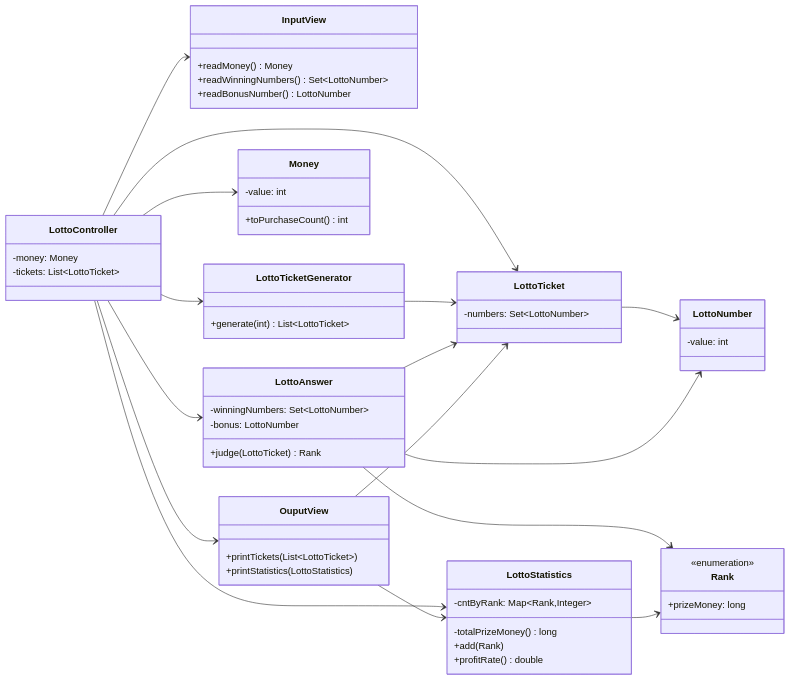
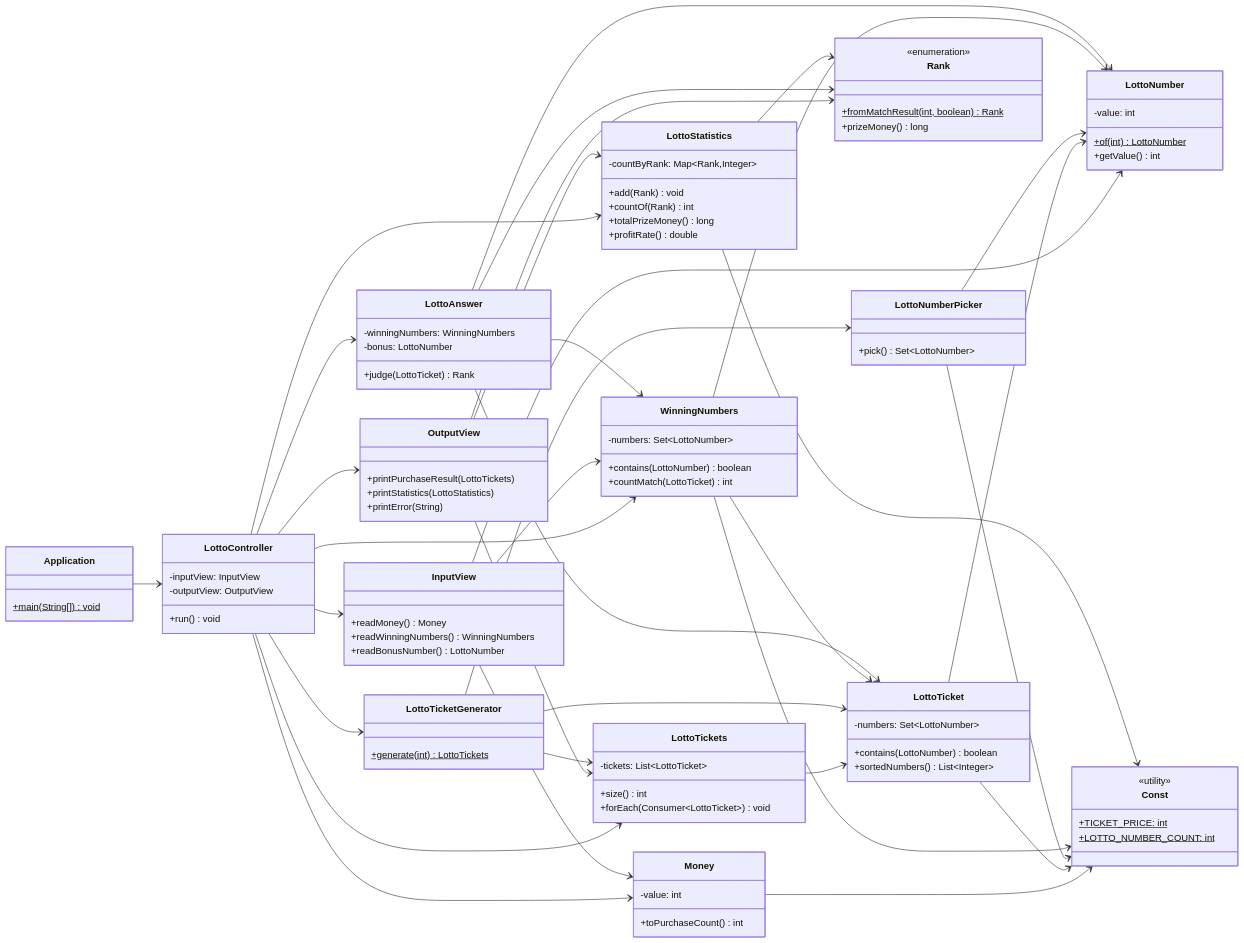
Before and after one commit to mirageoasis/java-lotto-kakao: the diagram in README.md, drawn with Mermaid.

Commit message:
docs: 현재 객체 상태와 일치하게 문서를 수정

````diff
--- a/README.md
+++ b/README.md
@@ -71,18 +71,20 @@
 
 class InputView {
   +readMoney() Money
-  +readWinningNumbers() Set~LottoNumber~
+  +readWinningNumbers() WinningNumbers
   +readBonusNumber() LottoNumber
 }
 
-class OuputView {
-  +printTickets(List~LottoTicket~)
+class OutputView {
+  +printPurchaseResult(LottoTickets)
   +printStatistics(LottoStatistics)
+  +printError(String)
 }
 
 class LottoController {
-  -money: Money
-  -tickets: List~LottoTicket~
+  -inputView: InputView
+  -outputView: OutputView
+  +run() void
 }
 
 class Money {
@@ -92,47 +94,97 @@
 
 class LottoTicket {
   -numbers: Set~LottoNumber~
+  +contains(LottoNumber) boolean
+  +sortedNumbers() List~Integer~
+}
+
+class LottoTickets {
+  -tickets: List~LottoTicket~
+  +size() int
+  +forEach(Consumer~LottoTicket~) void
 }
 
 class LottoNumber {
   -value: int
+  +of(int) LottoNumber$
+  +getValue() int
+}
+
+class LottoNumberPicker {
+  +pick() Set~LottoNumber~
 }
 
 class LottoTicketGenerator {
-  +generate(int) List~LottoTicket~
+  +generate(int) LottoTickets$
+}
+
+class WinningNumbers {
+  -numbers: Set~LottoNumber~
+  +contains(LottoNumber) boolean
+  +countMatch(LottoTicket) int
 }
 
 class LottoAnswer {
-  -winningNumbers: Set~LottoNumber~
+  -winningNumbers: WinningNumbers
   -bonus: LottoNumber
   +judge(LottoTicket) Rank
 }
 
 class Rank {
   <<enumeration>>
-  +prizeMoney: long
+  +fromMatchResult(int, boolean) Rank$
+  +prizeMoney() long
 }
 
 class LottoStatistics {
-  -cntByRank: Map~Rank,Integer~
-  -totalPrizeMoney() long
-  +add(Rank)
+  -countByRank: Map~Rank,Integer~
+  +add(Rank) void
+  +countOf(Rank) int
+  +totalPrizeMoney() long
   +profitRate() double
 }
 
+class Application {
+  +main(String[]) void$
+}
+
+class Const {
+  <<utility>>
+  +TICKET_PRICE: int$
+  +LOTTO_NUMBER_COUNT: int$
+}
+
+Application --> LottoController
 LottoController --> InputView
-LottoController --> OuputView
+LottoController --> OutputView
 LottoController --> Money
-LottoController --> LottoTicket
 LottoController --> LottoTicketGenerator
+LottoController --> LottoTickets
+LottoController --> WinningNumbers
 LottoController --> LottoAnswer
 LottoController --> LottoStatistics
+InputView --> Money
+InputView --> WinningNumbers
+InputView --> LottoNumber
+OutputView --> LottoTickets
+OutputView --> LottoStatistics
+OutputView --> Rank
 LottoTicket --> LottoNumber
+LottoTickets --> LottoTicket
 LottoTicketGenerator --> LottoTicket
+LottoTicketGenerator --> LottoTickets
+LottoTicketGenerator --> LottoNumberPicker
+LottoNumberPicker --> LottoNumber
+WinningNumbers --> LottoNumber
+WinningNumbers --> LottoTicket
+LottoAnswer --> WinningNumbers
 LottoAnswer --> LottoNumber
 LottoAnswer --> LottoTicket
 LottoAnswer --> Rank
 LottoStatistics --> Rank
-OuputView --> LottoTicket
-OuputView --> LottoStatistics
+Money --> Const
+LottoTicket --> Const
+LottoNumberPicker --> Const
+WinningNumbers --> Const
+LottoStatistics --> Const
 ```
````
